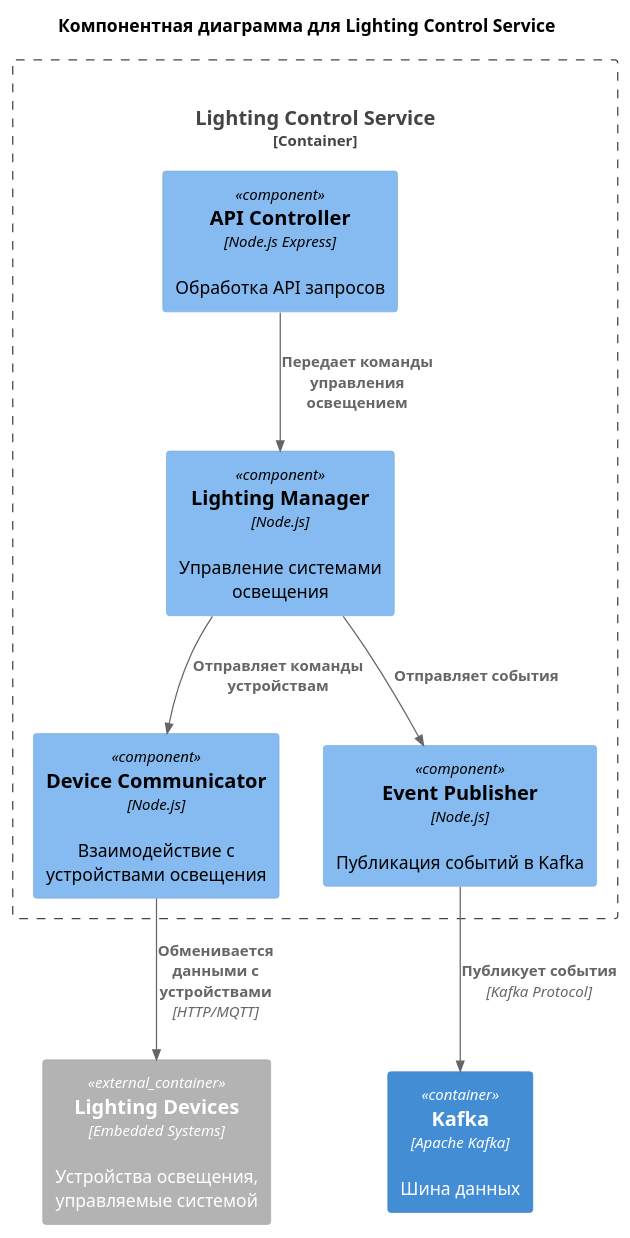
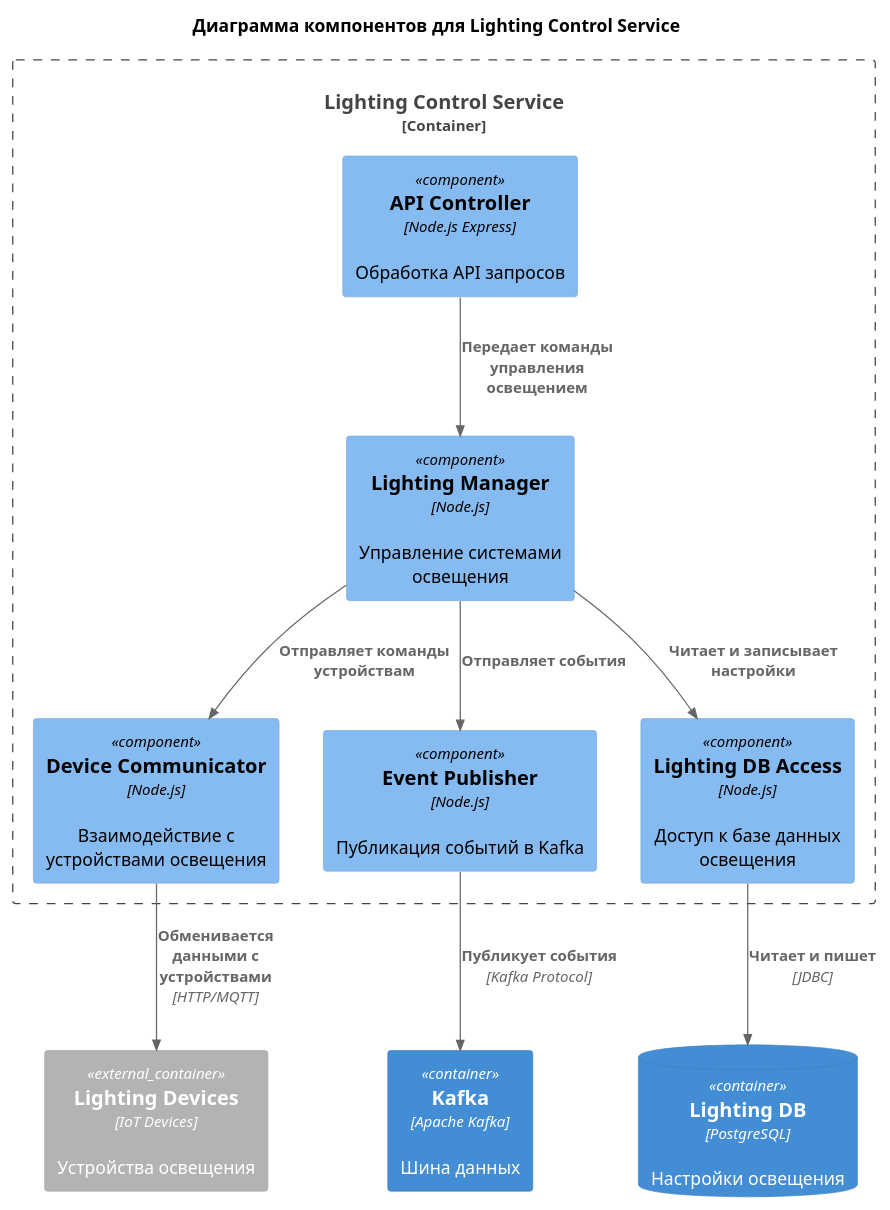
One commit to fireflysmk/architecture-sprint-3 changed the diagram in c4-diagrams/components/c4-components-lighting-control-service.puml. Above: the diagram before and after it, drawn with PlantUML. The commit also changed 4 other files, not shown here.

Commit message:
Sprint 3: add monolith's description and update diagrams

```diff
--- a/c4-diagrams/components/c4-components-lighting-control-service.puml
+++ b/c4-diagrams/components/c4-components-lighting-control-service.puml
@@ -1,26 +1,27 @@
 @startuml
 !include <C4/C4>
-!include <C4/C4_Context>
-!include <C4/C4_Container>
 !include <C4/C4_Component>
 
-title Компонентная диаграмма для Lighting Control Service
+title Диаграмма компонентов для Lighting Control Service
 
 Container_Boundary(lightingService, "Lighting Control Service", $tags="") {
     Component(lightingService.APIController, "API Controller", $techn="Node.js Express", $descr="Обработка API запросов")
     Component(lightingService.LightingManager, "Lighting Manager", $techn="Node.js", $descr="Управление системами освещения")
     Component(lightingService.DeviceCommunicator, "Device Communicator", $techn="Node.js", $descr="Взаимодействие с устройствами освещения")
     Component(lightingService.EventPublisher, "Event Publisher", $techn="Node.js", $descr="Публикация событий в Kafka")
+    Component(lightingService.LightingDBAccess, "Lighting DB Access", $techn="Node.js", $descr="Доступ к базе данных освещения")
 }
 
-Container_Ext(lightDevices, "Lighting Devices", $techn="Embedded Systems", $descr="Устройства освещения, управляемые системой")
-
+ContainerDb(lightingDb, "Lighting DB", $techn="PostgreSQL", $descr="Настройки освещения")
+Container_Ext(lightingDevices, "Lighting Devices", $techn="IoT Devices", $descr="Устройства освещения")
 Container(kafka, "Kafka", $techn="Apache Kafka", $descr="Шина данных")
 
 Rel(lightingService.APIController, lightingService.LightingManager, "Передает команды управления освещением")
 Rel(lightingService.LightingManager, lightingService.DeviceCommunicator, "Отправляет команды устройствам")
-Rel(lightingService.DeviceCommunicator, lightDevices, "Обменивается данными с устройствами", $techn="HTTP/MQTT")
+Rel(lightingService.DeviceCommunicator, lightingDevices, "Обменивается данными с устройствами", $techn="HTTP/MQTT")
 Rel(lightingService.LightingManager, lightingService.EventPublisher, "Отправляет события")
 Rel(lightingService.EventPublisher, kafka, "Публикует события", $techn="Kafka Protocol")
+Rel(lightingService.LightingManager, lightingService.LightingDBAccess, "Читает и записывает настройки")
+Rel(lightingService.LightingDBAccess, lightingDb, "Читает и пишет", $techn="JDBC")
 
 @enduml
```
